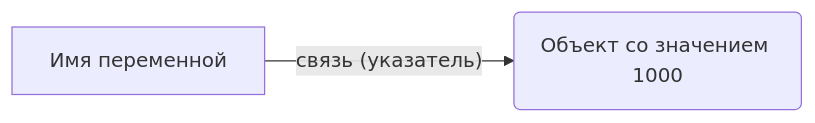
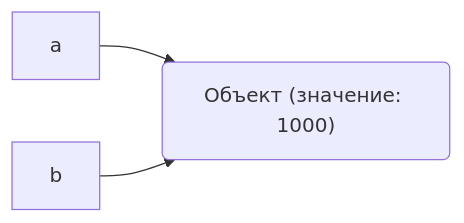
Before and after one commit to dawwwr/Osnovi-programmirovania: the diagram in LAB1/REPORT.md, drawn with Mermaid. The commit also changed other lines of this file, not shown here.

````diff
--- a/LAB1/REPORT.md
+++ b/LAB1/REPORT.md
@@ -182,4 +182,5 @@
 ```mermaid
 graph LR
-    A[Имя переменной] -->|"связь (указатель)"| B(Объект со значением 1000)
+    A[a] --> C("Объект (значение: 1000)")
+    B[b] --> C
 ```
````
